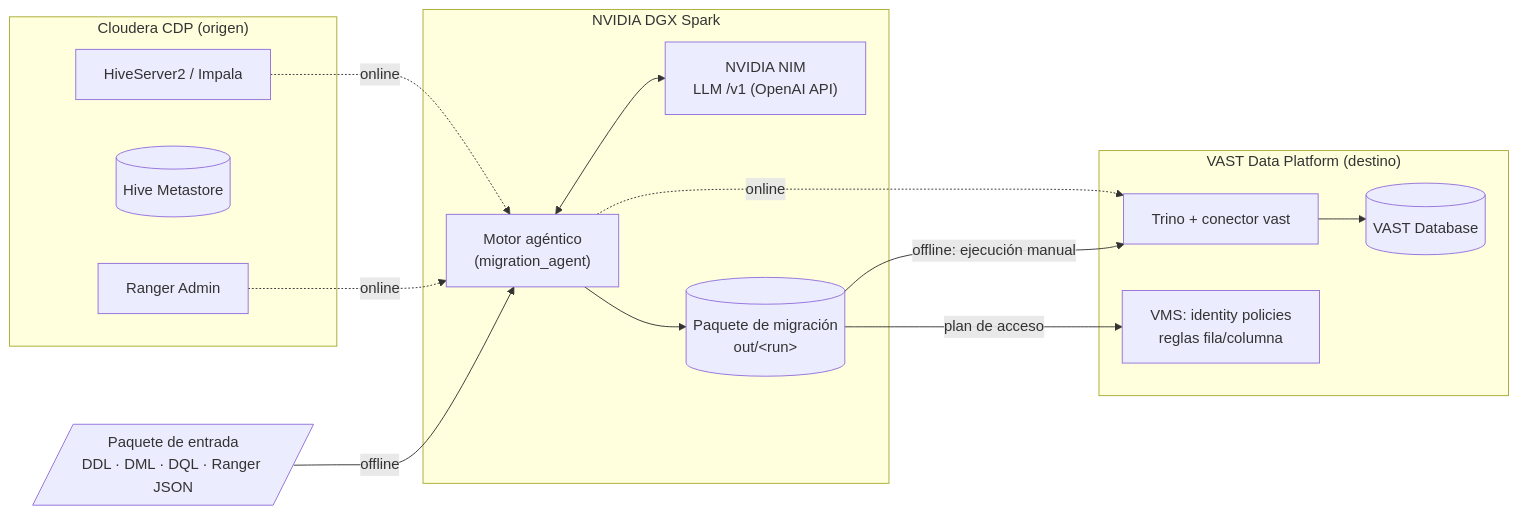
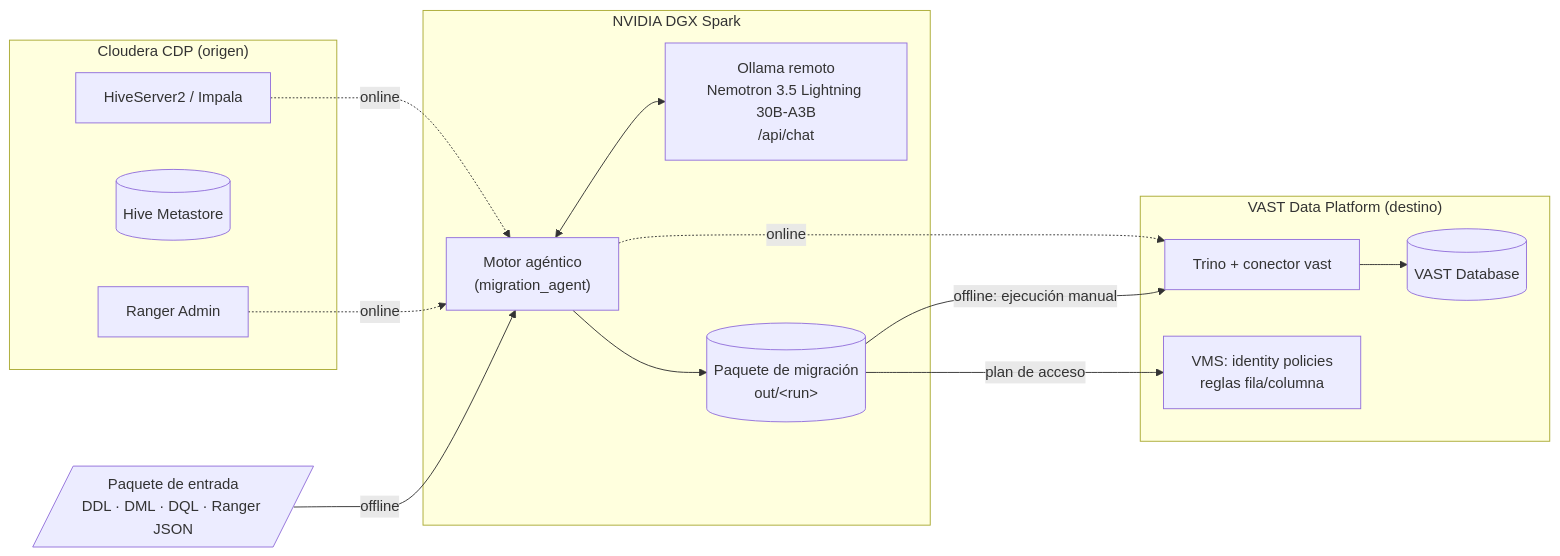
The first of 3 diagrams in docs/ARCHITECTURE.md (edr1/cdp_migration_agent), drawn with Mermaid before and after one commit. The commit also changed other lines of this file and 15 other files, not shown here.

Commit message:
Nemotron 3.5 Lightning 30B-A3B added

````diff
--- a/docs/ARCHITECTURE.md
+++ b/docs/ARCHITECTURE.md
@@ -33,28 +33,28 @@
 ```mermaid
 flowchart LR
   subgraph CDP["Cloudera CDP (origen)"]
     HS2[HiveServer2 / Impala]
     HMS[(Hive Metastore)]
     RGR[Ranger Admin]
   end
   subgraph DGX["NVIDIA DGX Spark"]
-    NIM["NVIDIA NIM<br/>LLM /v1 (OpenAI API)"]
+    NIM["Ollama remoto<br/>Nemotron 3.5 Lightning 30B-A3B<br/>/api/chat"]
     AG["Motor agéntico<br/>(migration_agent)"]
     PKG[("Paquete de migración<br/>out/&lt;run&gt;")]
   end
   subgraph VAST["VAST Data Platform (destino)"]
     TR[Trino + conector vast]
     VDB[(VAST Database)]
     VMS[VMS: identity policies<br/>reglas fila/columna]
   end
   BUNDLE[/"Paquete de entrada<br/>DDL · DML · DQL · Ranger JSON"/]
 
   HS2 -. online .-> AG
   RGR -. online .-> AG
   BUNDLE -- offline --> AG
   AG <--> NIM
   AG --> PKG
   AG -. online .-> TR --> VDB
   PKG -- offline: ejecución manual --> TR
   PKG -- plan de acceso --> VMS
 ```
````
